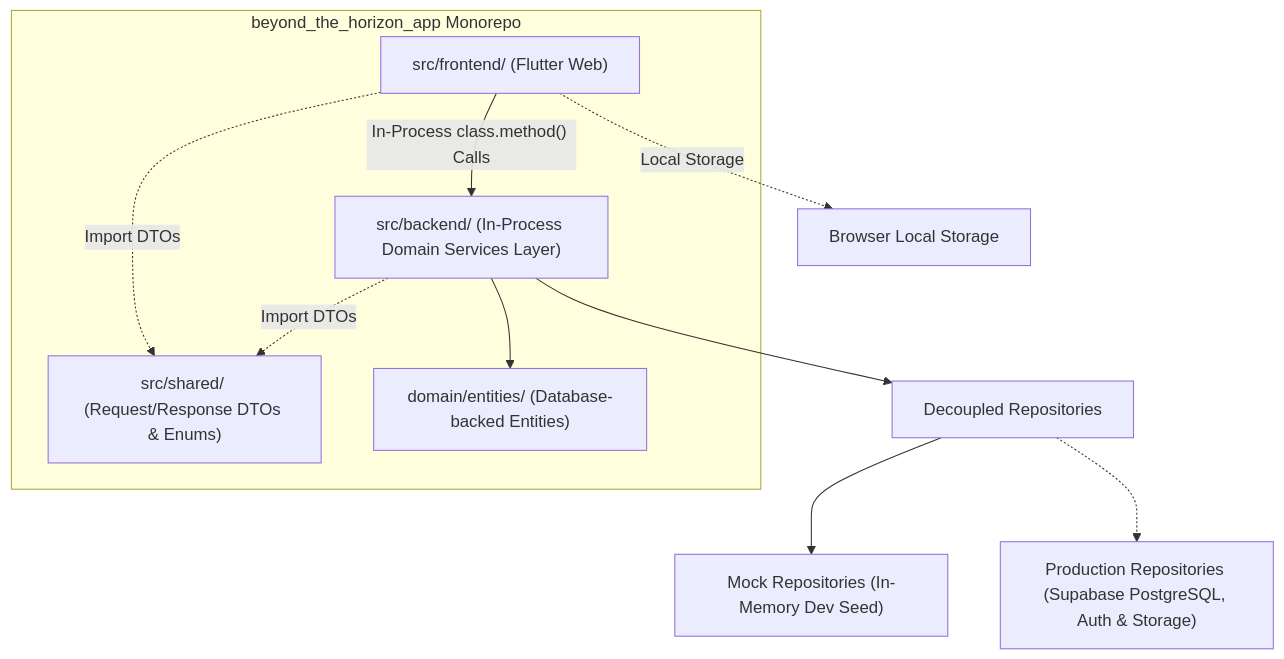
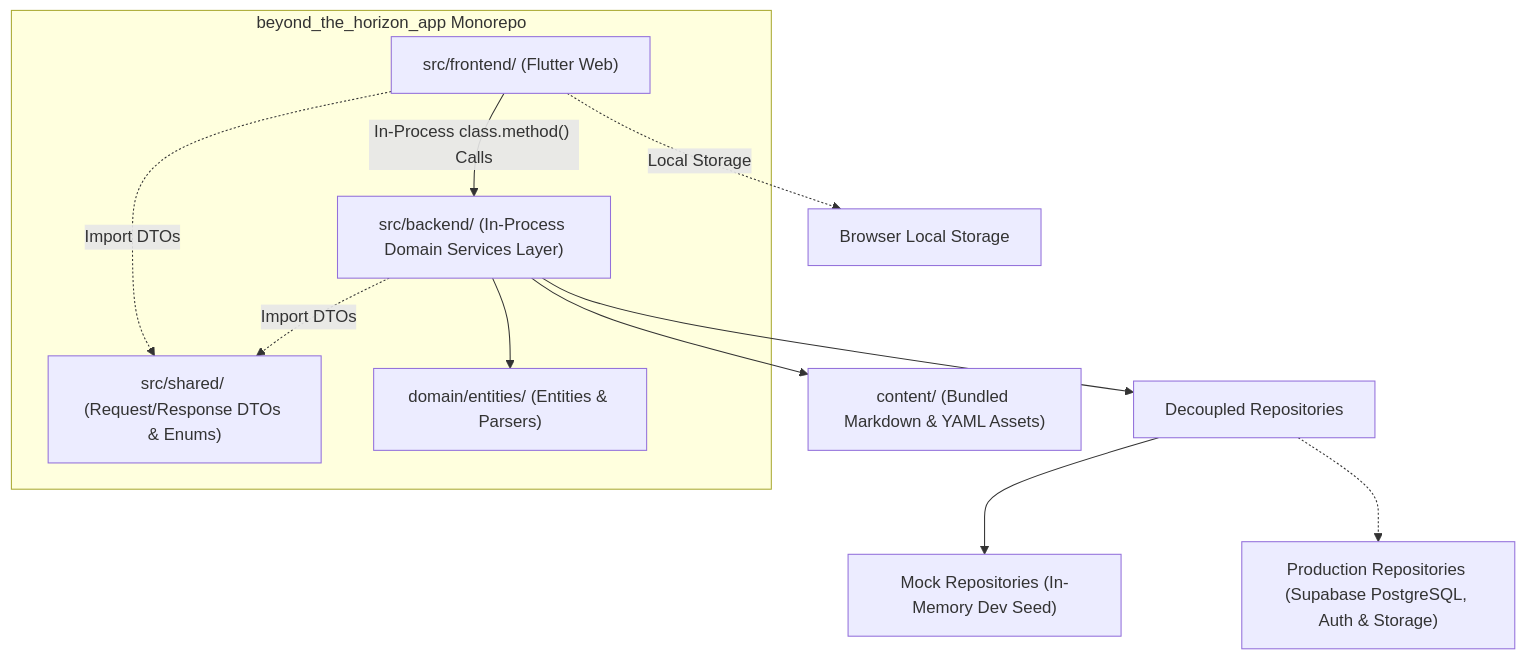
Before and after one commit to henriqueschorr/beyond_the_horizon_app: the diagram in design/01-sdd-overview.md, drawn with Mermaid. The commit also changed other lines of this file and 73 other files, not shown here.

First line of the commit message:
feat(design): redesign codex architecture, 5-phase roadmap, and TOC schema

````diff
--- a/design/01-sdd-overview.md
+++ b/design/01-sdd-overview.md
@@ -68,14 +78,15 @@
 ```mermaid
 graph TD
     subgraph Repo ["beyond_the_horizon_app Monorepo"]
         Client["src/frontend/ (Flutter Web)"] -->|"In-Process class.method() Calls"| Backend["src/backend/ (In-Process Domain Services Layer)"]
         Client -.->|"Import DTOs"| Shared["src/shared/ (Request/Response DTOs & Enums)"]
         Backend -.->|"Import DTOs"| Shared
-        Backend --> Domain["domain/entities/ (Database-backed Entities)"]
+        Backend --> Domain["domain/entities/ (Entities & Parsers)"]
     end
 
     Client -.->|"Local Storage"| BrowserStore["Browser Local Storage"]
+    Backend --> LocalAssets["content/ (Bundled Markdown & YAML Assets)"]
     Backend --> Repos["Decoupled Repositories"]
     Repos --> MockDB["Mock Repositories (In-Memory Dev Seed)"]
     Repos -.-> ProdDB["Production Repositories (Supabase PostgreSQL, Auth & Storage)"]
 ```
````
